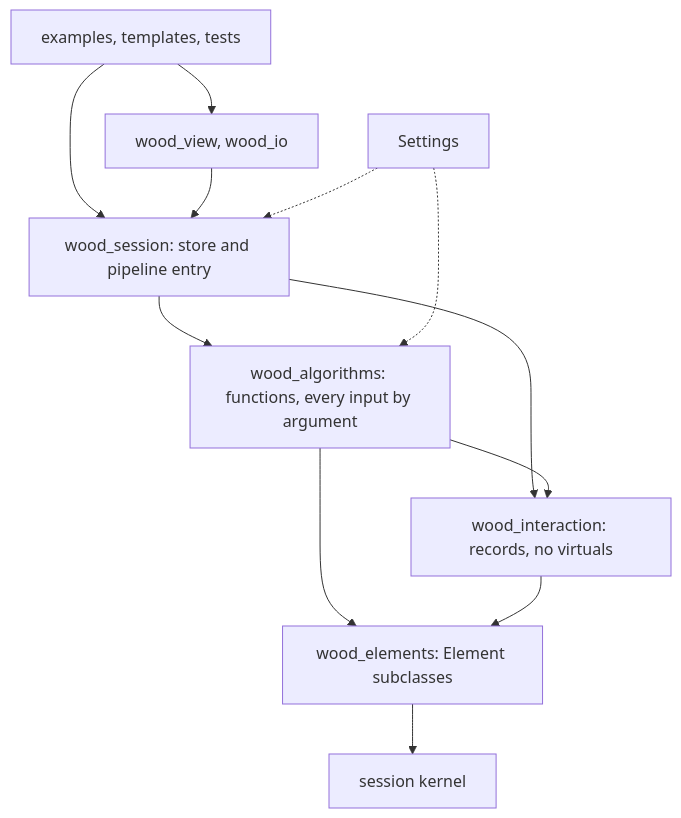
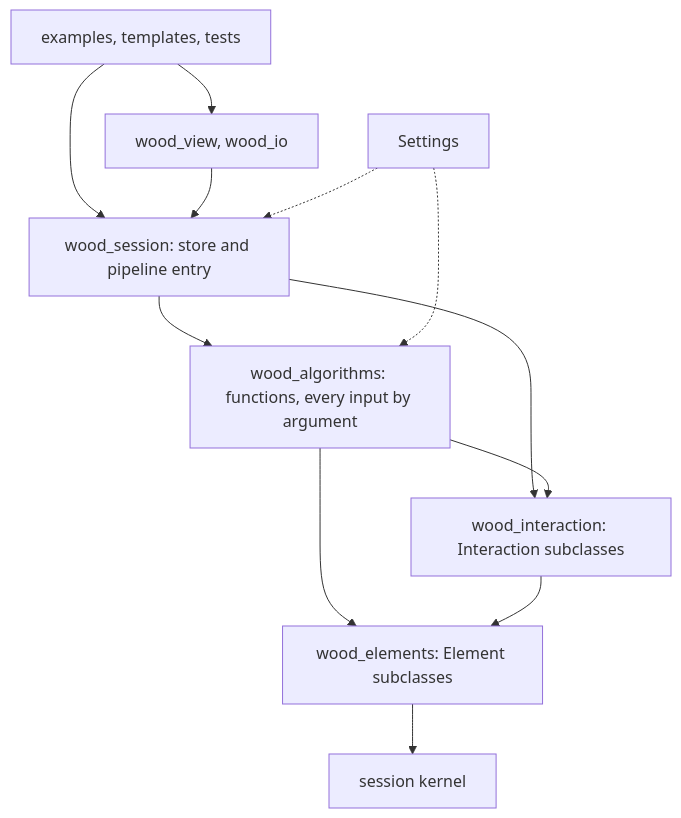
The tenth of 10 diagrams in src/docs.md (petrasvestartas/wood), drawn with Mermaid before and after one commit. The commit also changed other lines of this file and 132 other files, not shown here.

Commit message:
wood: interactions derive from the kernel's abstract Interaction (InteractionContact/Feature/Structure and their leaves), WoodSession add/get/has/remove_interaction on elements only, contacts and joints stored per edge, no private helpers

````diff
--- a/src/docs.md
+++ b/src/docs.md
@@ -341,14 +341,14 @@
 ```mermaid
 flowchart TB
     EX["examples, templates, tests"] --> S["wood_session: store and pipeline entry"]
     EX --> V["wood_view, wood_io"]
     V --> S
     S --> AL["wood_algorithms: functions, every input by argument"]
-    S --> DA["wood_interaction: records, no virtuals"]
+    S --> DA["wood_interaction: Interaction subclasses"]
     AL --> DA
     AL --> EL["wood_elements: Element subclasses"]
     DA --> EL
     EL --> K["session kernel"]
     SE["Settings"] -.-> AL
     SE -.-> S
 ```
````
